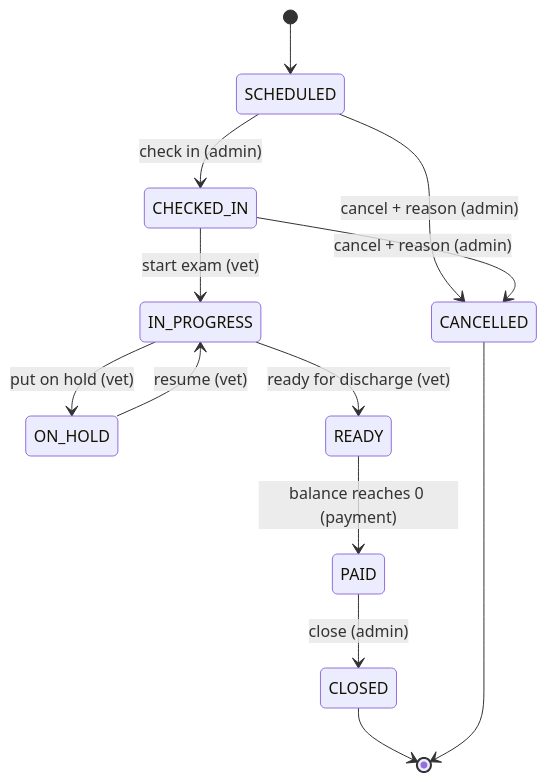
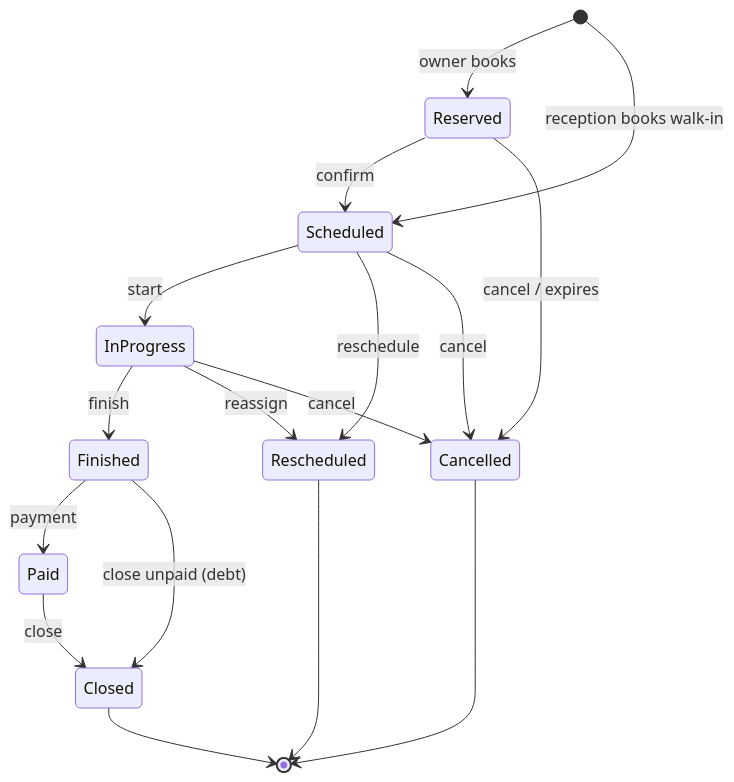
Before and after one commit to Levir-Hernandez/AI-SDLC-Training-vet-clinic: the diagram in TASK.md, drawn with Mermaid. The commit also changed other lines of this file and 53 other files, not shown here.

````diff
--- a/TASK.md
+++ b/TASK.md
@@ -118,15 +56,19 @@
 ```mermaid
 stateDiagram-v2
-    [*] --> SCHEDULED
-    SCHEDULED --> CHECKED_IN: check in (admin)
-    CHECKED_IN --> IN_PROGRESS: start exam (vet)
-    IN_PROGRESS --> ON_HOLD: put on hold (vet)
-    ON_HOLD --> IN_PROGRESS: resume (vet)
-    IN_PROGRESS --> READY: ready for discharge (vet)
-    READY --> PAID: balance reaches 0 (payment)
-    PAID --> CLOSED: close (admin)
-    SCHEDULED --> CANCELLED: cancel + reason (admin)
-    CHECKED_IN --> CANCELLED: cancel + reason (admin)
-    CLOSED --> [*]
-    CANCELLED --> [*]
+    [*] --> Reserved: owner books
+    [*] --> Scheduled: reception books walk-in
+    Reserved --> Scheduled: confirm
+    Reserved --> Cancelled: cancel / expires
+    Scheduled --> InProgress: start
+    Scheduled --> Rescheduled: reschedule
+    Scheduled --> Cancelled: cancel
+    InProgress --> Finished: finish
+    InProgress --> Rescheduled: reassign
+    InProgress --> Cancelled: cancel
+    Finished --> Paid: payment
+    Finished --> Closed: close unpaid (debt)
+    Paid --> Closed: close
+    Rescheduled --> [*]
+    Cancelled --> [*]
+    Closed --> [*]
 ```
````
